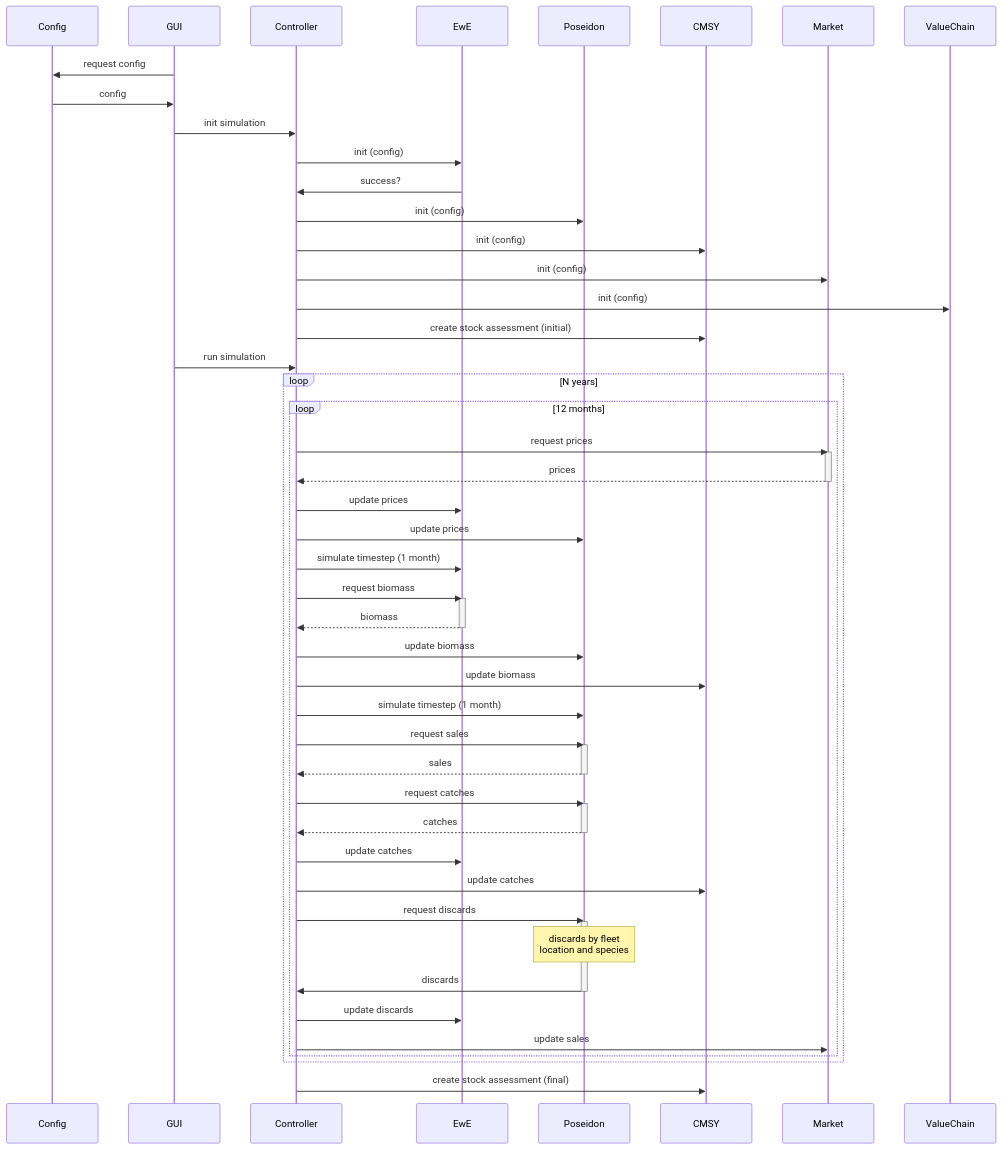
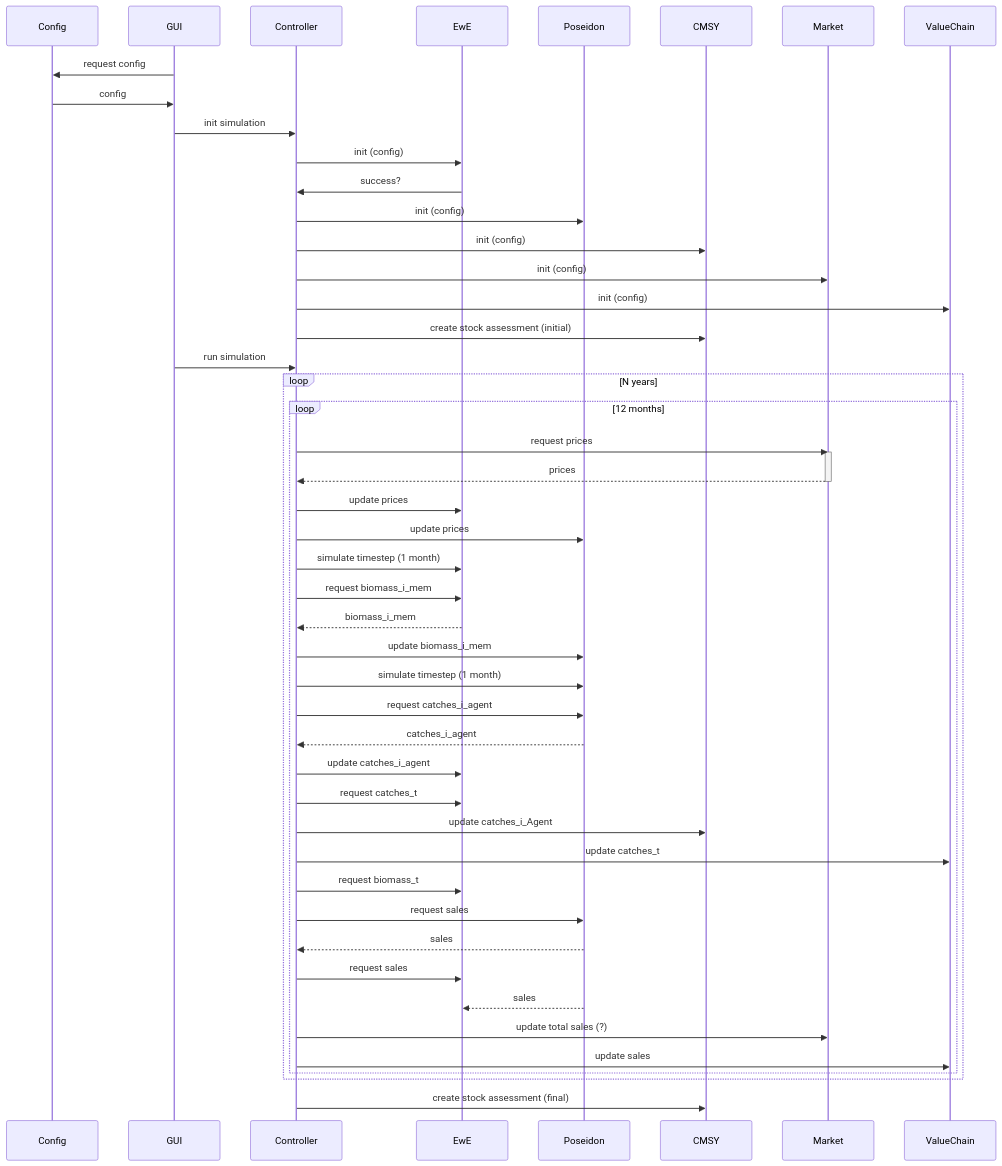
One commit to SURIMI-Project/SURIMI-project changed the diagram in SequenceDiagram.md. Above: the diagram before and after it, drawn with Mermaid.

Commit message:
Update SequenceDiagram.md
The sequence diagram does not correctly reflect the interactions between the models and data flows; for example, intermediate Ecopath biomass was distributed as final without POSEIDON having fished. This PR aims to fix the flows

````diff
--- a/SequenceDiagram.md
+++ b/SequenceDiagram.md
@@ -3,69 +3,62 @@
 ```mermaid
 
  sequenceDiagram
 
     participant Config
     participant GUI
     participant Controller
     participant EwE
     participant Poseidon
     participant CMSY
     participant Market
     participant ValueChain
 
     %% Initialization %%
     %% this is the init %%
     GUI ->> Config: request config
     Config ->> GUI: config
     GUI ->> Controller: init simulation
 
     Controller ->> EwE: init (config)
     EwE ->> Controller: success?
     Controller ->> Poseidon: init (config)
     Controller ->> CMSY: init (config)
     Controller ->> Market: init (config)
     Controller ->> ValueChain: init (config)
 
     Controller ->> CMSY: create stock assessment (initial)
 
     %% Simulation %%
     %% starting the simulation %%
     GUI ->> Controller: run simulation
 
     loop N years
         loop 12 months
             Controller ->> Market: request prices
             activate Market
             Market -->> Controller: prices
             deactivate Market
             Controller ->> EwE: update prices
             Controller ->> Poseidon: update prices
             Controller ->> EwE: simulate timestep (1 month)
-            Controller ->> EwE: request biomass
-            activate EwE
-            EwE -->> Controller: biomass
-            deactivate EwE
-            Controller ->> Poseidon: update biomass
-            Controller ->> CMSY: update biomass
+            Controller ->> EwE: request biomass_i_mem
+            EwE -->> Controller: biomass_i_mem
+            Controller ->> Poseidon: update biomass_i_mem
             Controller ->> Poseidon: simulate timestep (1 month)
+            Controller ->> Poseidon: request catches_i_agent
+            Poseidon -->> Controller: catches_i_agent
+            Controller ->> EwE: update catches_i_agent
+            Controller ->> EwE: request catches_t
+            Controller ->> CMSY: update catches_i_Agent
+            Controller ->> ValueChain: update catches_t
+            Controller ->> EwE: request biomass_t
             Controller ->> Poseidon: request sales
-            activate Poseidon
             Poseidon -->> Controller: sales
-            deactivate Poseidon
-            Controller ->> Poseidon: request catches
-            activate Poseidon
-            Poseidon -->> Controller: catches
-            deactivate Poseidon
-            Controller ->> EwE: update catches
-            Controller ->> CMSY: update catches
-            Controller ->> Poseidon: request discards
-            activate Poseidon
-            Note over Poseidon: discards by fleet<br/> location and species
-            Poseidon ->> Controller: discards
-            deactivate Poseidon
-            Controller ->> EwE: update discards
-            Controller ->> Market: update sales
+            Controller ->> EwE: request sales
+            Poseidon -->> EwE: sales
+            Controller ->> Market: update total sales (?)
+            Controller ->> ValueChain: update sales
         end
     end
     Controller ->> CMSY: create stock assessment (final) 
 ```
````
